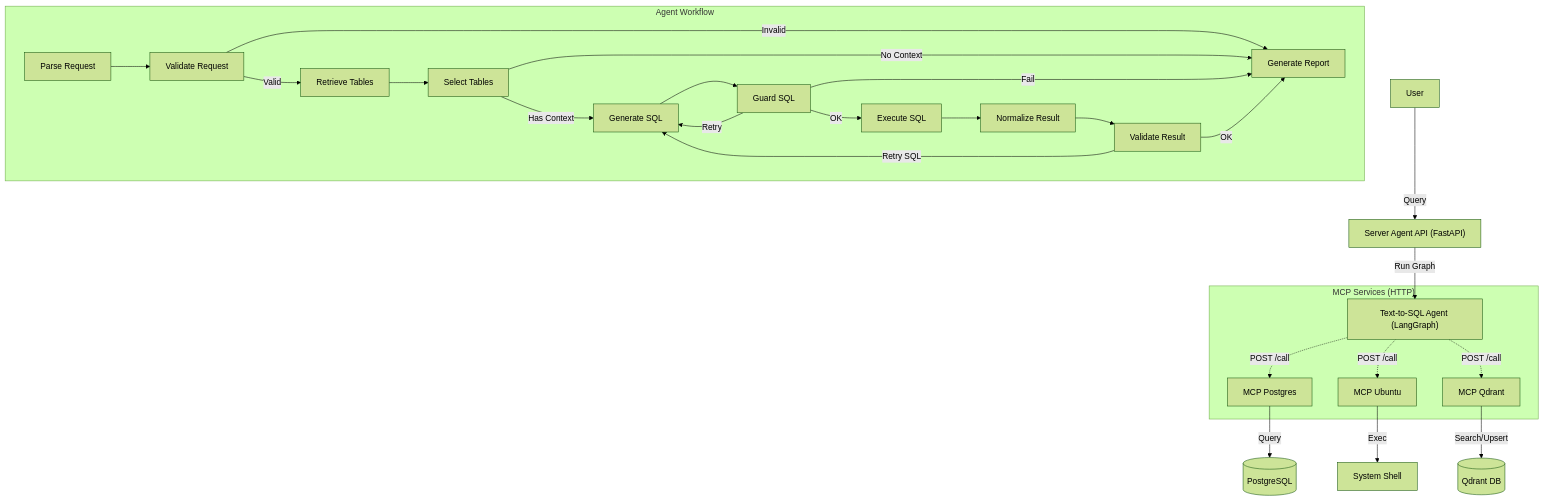
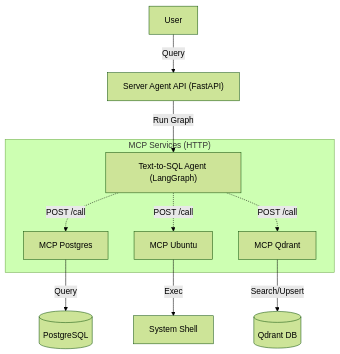
One commit to sonsukwoo/server-agent changed the first of 2 diagrams in README.md. Above: the diagram before and after it, drawn with Mermaid (forest theme). The commit also changed other lines of this file, not shown here.

````diff
--- a/README.md
+++ b/README.md
@@ -23,32 +25,15 @@
 ```mermaid
 graph TD
     User[User] -->|Query| API["Server Agent API (FastAPI)"]
     API -->|Run Graph| Agent["Text-to-SQL Agent (LangGraph)"]
     
-    subgraph "Agent Workflow"
-        Parse[Parse Request] --> ValidateReq[Validate Request]
-        ValidateReq -->|Valid| Retrieve[Retrieve Tables]
-        ValidateReq -->|Invalid| Report[Generate Report]
-        Retrieve --> Select[Select Tables]
-        Select -->|Has Context| GenSQL[Generate SQL]
-        Select -->|No Context| Report
-        GenSQL --> Guard[Guard SQL]
-        Guard -->|OK| Exec[Execute SQL]
-        Guard -->|Retry| GenSQL
-        Guard -->|Fail| Report
-        Exec --> Normalize[Normalize Result]
-        Normalize --> ValidateLLM[Validate Result]
-        ValidateLLM -->|OK| Report
-        ValidateLLM -->|Retry SQL| GenSQL
-    end
-
     subgraph "MCP Services (HTTP)"
         Agent -.->|POST /call| Postgres[MCP Postgres]
         Agent -.->|POST /call| Ubuntu[MCP Ubuntu]
         Agent -.->|POST /call| Qdrant[MCP Qdrant]
     end
         
     Qdrant -->|Search/Upsert| QdrantDB[(Qdrant DB)]
     Postgres -->|Query| DB[(PostgreSQL)]
     Ubuntu -->|Exec| System[System Shell]
 ```
````
